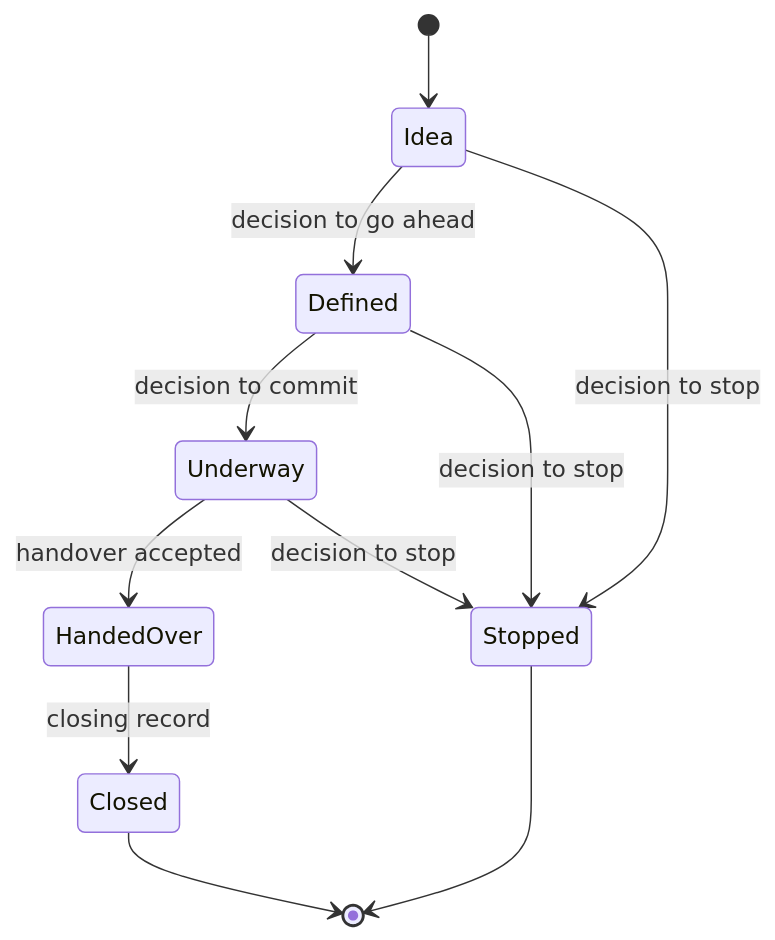
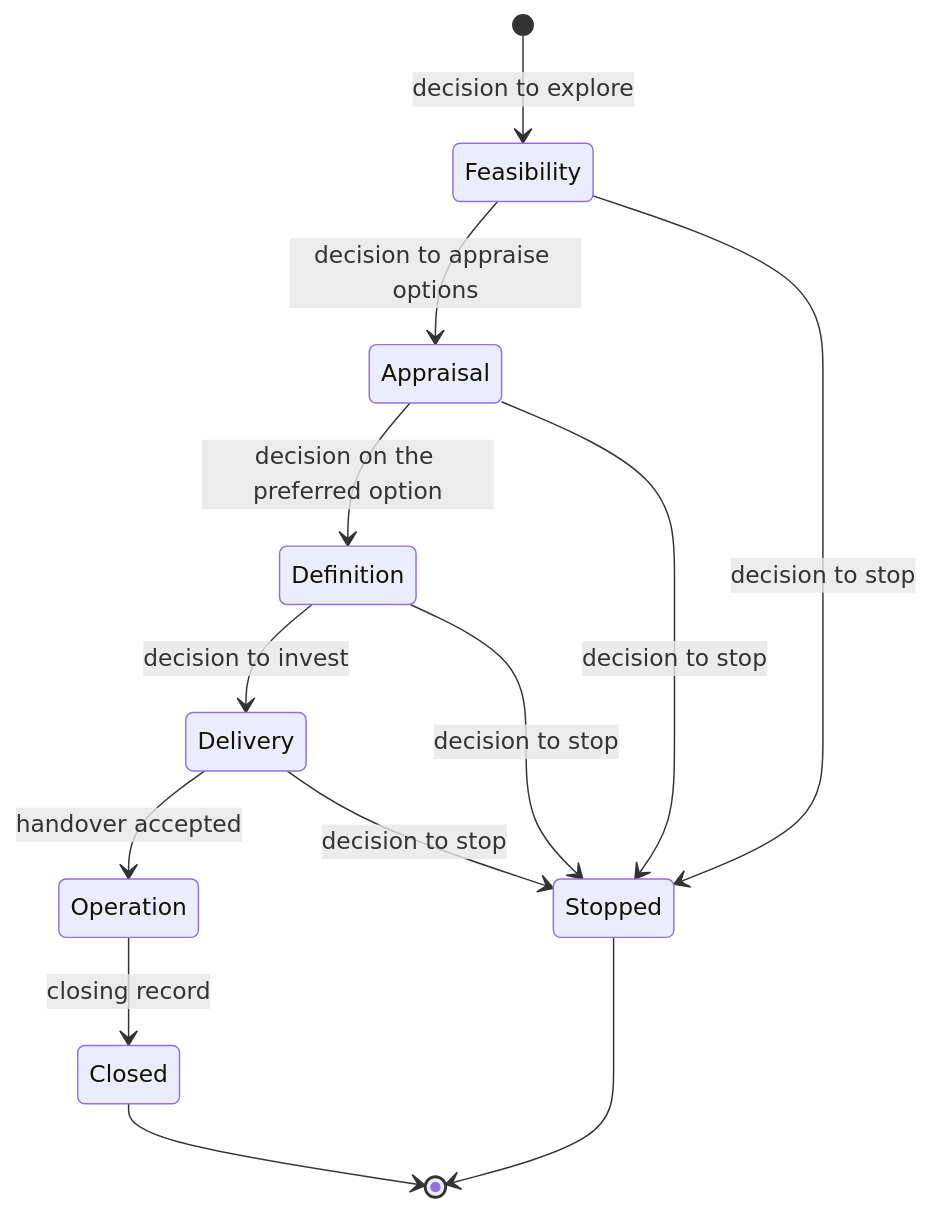
Before and after one commit to ProjectCartograph/cartograph-design: the diagram in docs/explanation/decisions/DD-0007-decisions-stages-and-reviews-are-records.md, drawn with Mermaid. The commit also changed other lines of this file and 5 other files, not shown here.

````diff
--- a/docs/explanation/decisions/DD-0007-decisions-stages-and-reviews-are-records.md
+++ b/docs/explanation/decisions/DD-0007-decisions-stages-and-reviews-are-records.md
@@ -32,13 +32,15 @@
 ```mermaid
 stateDiagram-v2
-  [*] --> Idea
-  Idea --> Defined: decision to go ahead
-  Defined --> Underway: decision to commit
-  Underway --> HandedOver: handover accepted
-  HandedOver --> Closed: closing record
-  Idea --> Stopped: decision to stop
-  Defined --> Stopped: decision to stop
-  Underway --> Stopped: decision to stop
+  [*] --> Feasibility: decision to explore
+  Feasibility --> Appraisal: decision to appraise options
+  Appraisal --> Definition: decision on the preferred option
+  Definition --> Delivery: decision to invest
+  Delivery --> Operation: handover accepted
+  Operation --> Closed: closing record
+  Feasibility --> Stopped: decision to stop
+  Appraisal --> Stopped: decision to stop
+  Definition --> Stopped: decision to stop
+  Delivery --> Stopped: decision to stop
   Closed --> [*]
   Stopped --> [*]
 ```
````
